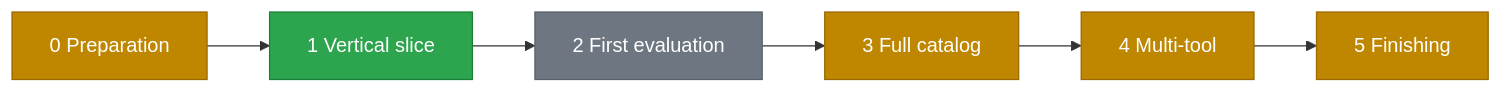
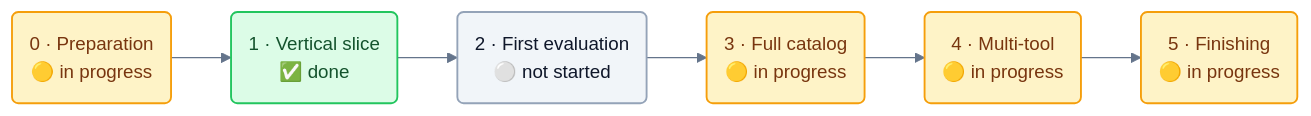
Before and after one commit to HW-Agents-Forge/general-agents: the diagram in docs/roadmap.md, drawn with Mermaid. The commit also changed 9 other files, not shown here.

First line of the commit message:
Modernize the Mermaid diagrams: shared palette, hexagon decisions, cleaner layouts

````diff
--- a/docs/roadmap.md
+++ b/docs/roadmap.md
@@ -5,10 +5,15 @@
 ```mermaid
+%%{init: {"theme":"base","themeVariables":{"fontFamily":"ui-sans-serif, system-ui, -apple-system, Segoe UI, Helvetica, Arial, sans-serif","fontSize":"15px","textColor":"#1e293b","lineColor":"#64748b","primaryColor":"#dbeafe","primaryBorderColor":"#3b82f6","primaryTextColor":"#1e3a8a","secondaryColor":"#ede9fe","tertiaryColor":"#f8fafc","edgeLabelBackground":"#f8fafc","clusterBkg":"#f8fafc","clusterBorder":"#cbd5e1","titleColor":"#334155"},"flowchart":{"curve":"basis","padding":14,"nodeSpacing":36,"rankSpacing":48,"htmlLabels":true}}}%%
 flowchart LR
-    M0["0 Preparation"] --> M1["1 Vertical slice"] --> M2["2 First evaluation"] --> M3["3 Full catalog"] --> M4["4 Multi-tool"] --> M5["5 Finishing"]
-    classDef done fill:#2da44e,stroke:#1a7f37,color:#ffffff
-    classDef partial fill:#bf8700,stroke:#9a6700,color:#ffffff
-    classDef todo fill:#6e7781,stroke:#57606a,color:#ffffff
+    M0("0 · Preparation<br/>🟡 in progress") --> M1("1 · Vertical slice<br/>✅ done")
+    M1 --> M2("2 · First evaluation<br/>⚪ not started")
+    M2 --> M3("3 · Full catalog<br/>🟡 in progress")
+    M3 --> M4("4 · Multi-tool<br/>🟡 in progress")
+    M4 --> M5("5 · Finishing<br/>🟡 in progress")
+    classDef done fill:#dcfce7,stroke:#22c55e,stroke-width:1.5px,color:#14532d
+    classDef wip fill:#fef3c7,stroke:#f59e0b,stroke-width:1.5px,color:#78350f
+    classDef todo fill:#f1f5f9,stroke:#94a3b8,stroke-width:1.5px,color:#0f172a
     class M1 done
-    class M0,M3,M4,M5 partial
+    class M0,M3,M4,M5 wip
     class M2 todo
 ```
````
